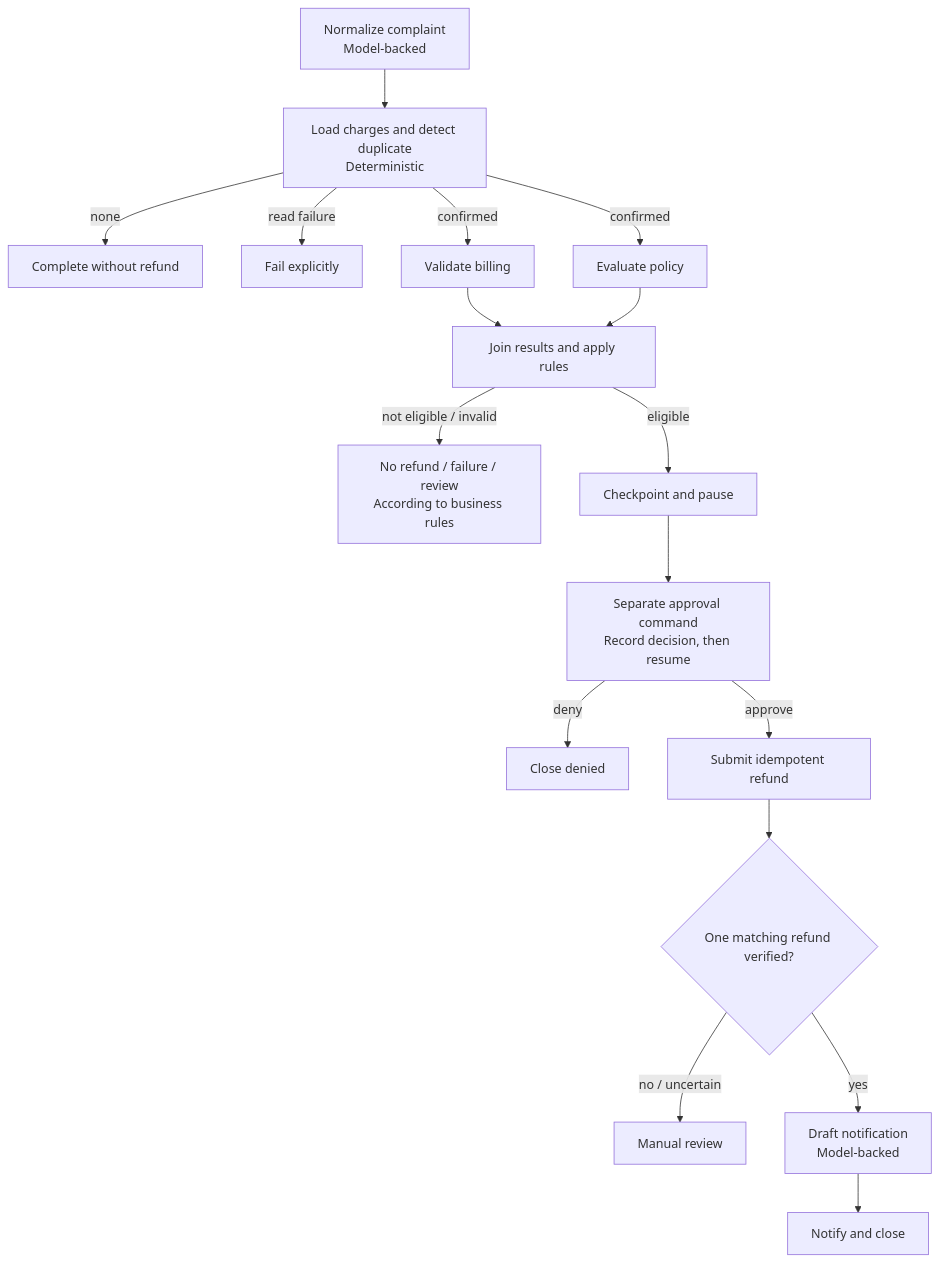
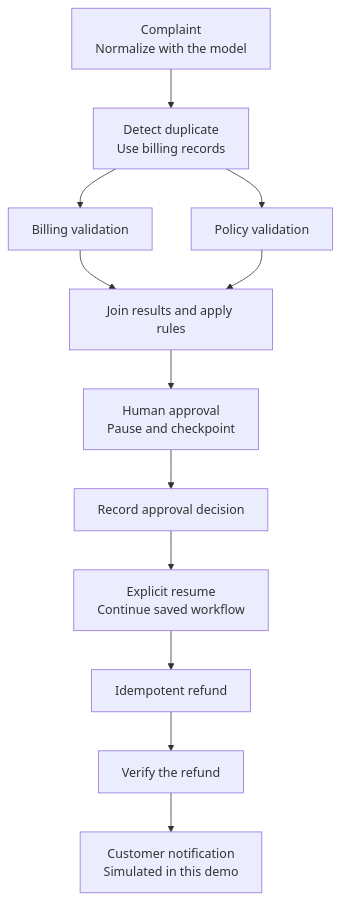
The first of 3 diagrams in docs/articles/02-agent-frameworks.md (ppenumatsa1/model-to-harness), drawn with Mermaid before and after one commit. The commit also changed other lines of this file and 160 other files, not shown here.

````diff
--- a/docs/articles/02-agent-frameworks.md
+++ b/docs/articles/02-agent-frameworks.md
@@ -77,19 +81,14 @@
 ```mermaid
 flowchart TB
-    normalize["Normalize complaint<br/>Model-backed"] --> detect["Load charges and detect duplicate<br/>Deterministic"]
-    detect -->|none| noRefund["Complete without refund"]
-    detect -->|read failure| failed["Fail explicitly"]
-    detect -->|confirmed| billing["Validate billing"]
-    detect -->|confirmed| policy["Evaluate policy"]
+    normalize["Complaint<br/>Normalize with the model"] --> detect["Detect duplicate<br/>Use billing records"]
+    detect --> billing["Billing validation"]
+    detect --> policy["Policy validation"]
     billing --> join["Join results and apply rules"]
     policy --> join
-    join -->|not eligible / invalid| blocked["No refund / failure / review<br/>According to business rules"]
-    join -->|eligible| pause["Checkpoint and pause"]
-    pause --> command["Separate approval command<br/>Record decision, then resume"]
-    command -->|deny| denied["Close denied"]
-    command -->|approve| refund["Submit idempotent refund"]
-    refund --> verify{"One matching refund verified?"}
-    verify -->|no / uncertain| review["Manual review"]
-    verify -->|yes| notify["Draft notification<br/>Model-backed"]
-    notify --> closed["Notify and close"]
+    join --> pause["Human approval<br/>Pause and checkpoint"]
+    pause --> decision["Record approval decision"]
+    decision --> resume["Explicit resume<br/>Continue saved workflow"]
+    resume --> refund["Idempotent refund"]
+    refund --> verify["Verify the refund"]
+    verify --> notify["Customer notification<br/>Simulated in this demo"]
 ```
````
